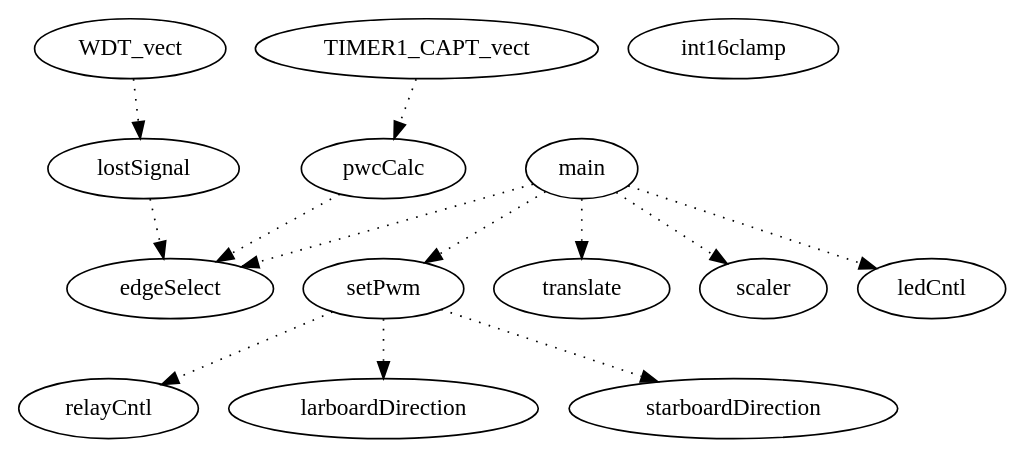
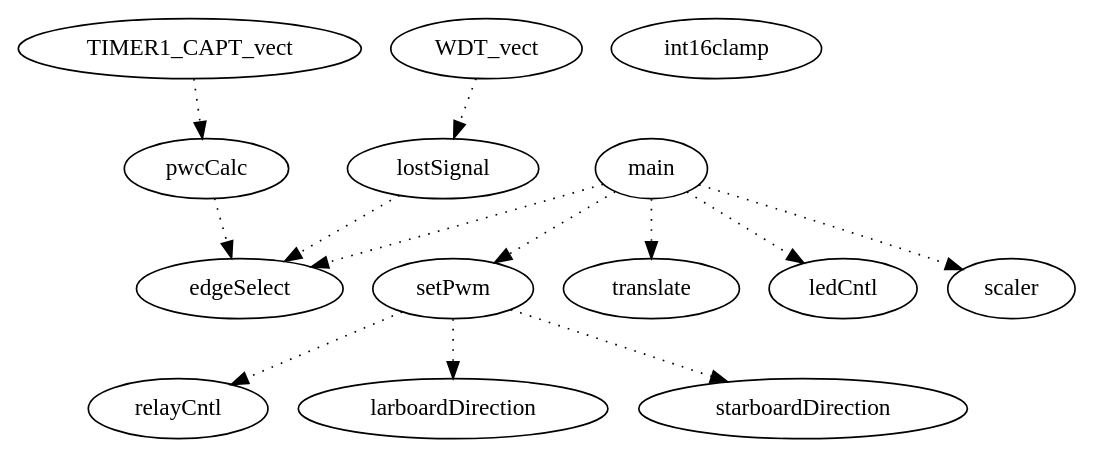
The diagram in Firmware/Propulsion/piruett.dot (bjornburton/ChampBot2016), drawn with Graphviz before and after one commit. The commit also changed other lines of this file and 6 other files, not shown here.

```diff
--- a/Firmware/Propulsion/piruett.dot
+++ b/Firmware/Propulsion/piruett.dot
@@ -1,15 +1,15 @@
 digraph callgraph {
-"WDT_vect" -> "lostSignal" [style=dotted];
+"TIMER1_CAPT_vect" -> "pwcCalc" [style=dotted];
 "setPwm" -> "relayCntl" [style=dotted];
 "setPwm" -> "larboardDirection" [style=dotted];
 "setPwm" -> "starboardDirection" [style=dotted];
+"lostSignal" -> "edgeSelect" [style=dotted];
 "pwcCalc" -> "edgeSelect" [style=dotted];
+"WDT_vect" -> "lostSignal" [style=dotted];
 "main" -> "translate" [style=dotted];
+"main" -> "ledCntl" [style=dotted];
 "main" -> "edgeSelect" [style=dotted];
+"main" -> "scaler" [style=dotted];
 "main" -> "setPwm" [style=dotted];
-"main" -> "scaler" [style=dotted];
-"main" -> "ledCntl" [style=dotted];
-"lostSignal" -> "edgeSelect" [style=dotted];
-"TIMER1_CAPT_vect" -> "pwcCalc" [style=dotted];
 "int16clamp";
 }
```
